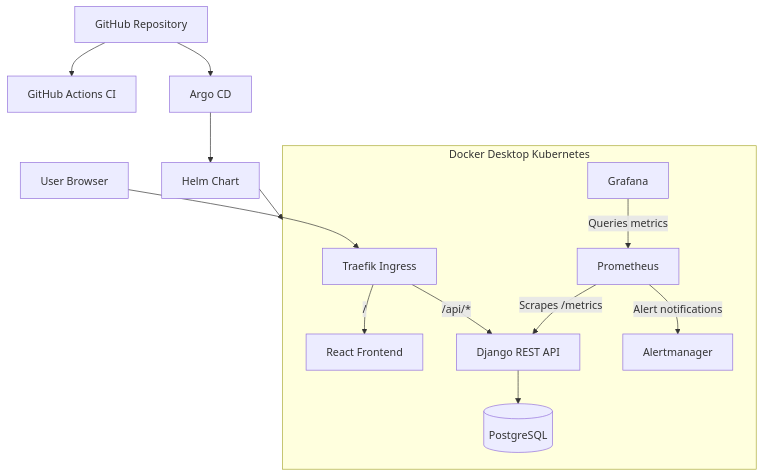
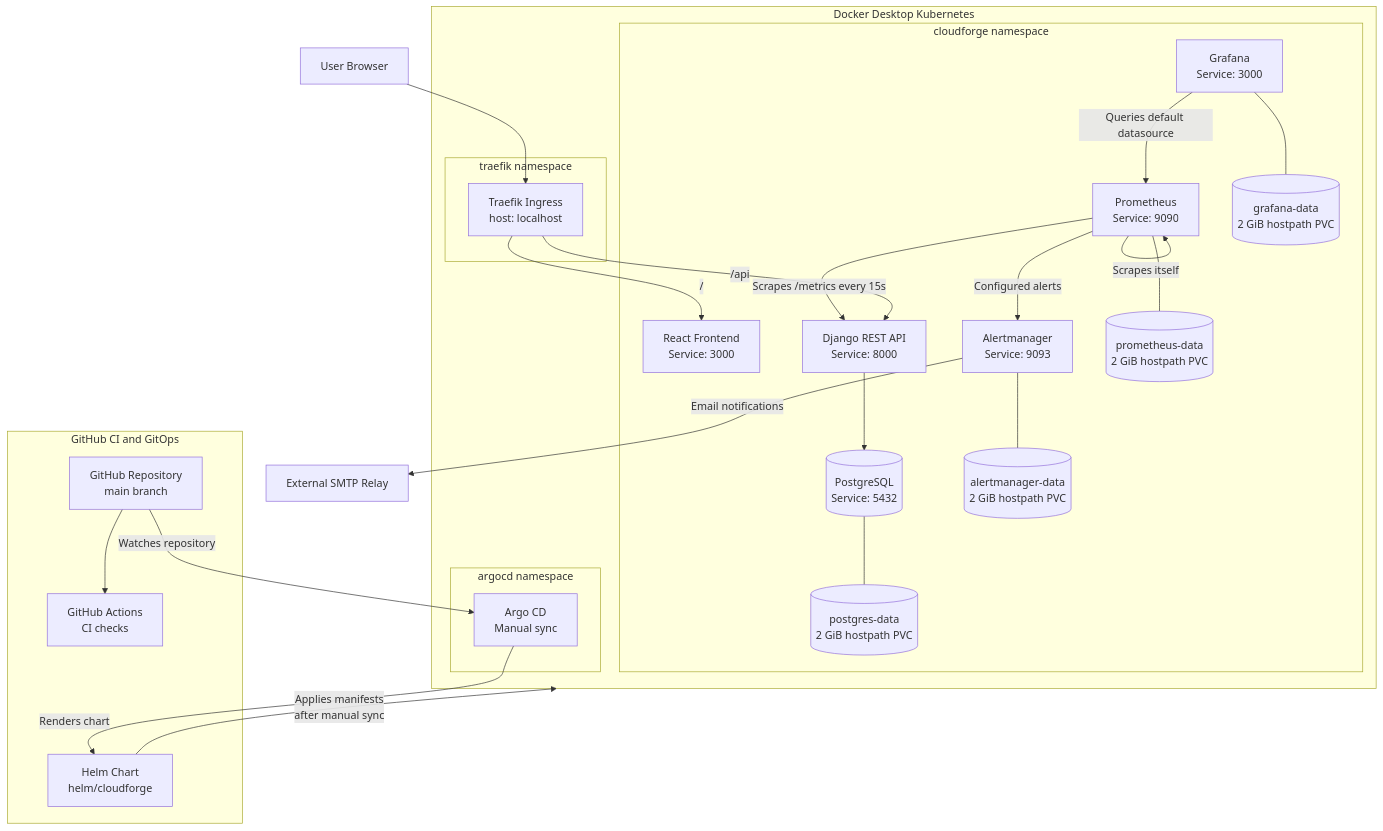
Before and after one commit to Vishalkumar0509/cloudforge: the diagram in README.md, drawn with Mermaid.

Commit message:
docs: improve CloudForge architecture diagram

````diff
--- a/README.md
+++ b/README.md
@@ -74,36 +74,59 @@
 ```mermaid
-flowchart TD
-    User[User Browser]
+flowchart TB
+    Browser["User Browser"]
 
     subgraph K8S["Docker Desktop Kubernetes"]
-        Traefik[Traefik Ingress]
+        subgraph TRAEFIK_NS["traefik namespace"]
+            Traefik["Traefik Ingress<br/>host: localhost"]
+        end
 
-        Frontend[React Frontend]
-        Backend[Django REST API]
-        DB[(PostgreSQL)]
+        subgraph CLOUD_NS["cloudforge namespace"]
+            Frontend["React Frontend<br/>Service: 3000"]
+            Backend["Django REST API<br/>Service: 8000"]
+            DB[("PostgreSQL<br/>Service: 5432")]
 
-        Prom[Prometheus]
-        Grafana[Grafana]
-        Alert[Alertmanager]
+            Prom["Prometheus<br/>Service: 9090"]
+            Grafana["Grafana<br/>Service: 3000"]
+            Alert["Alertmanager<br/>Service: 9093"]
 
-        Traefik -->|/| Frontend
-        Traefik -->|/api/*| Backend
-        Backend --> DB
+            DBPVC[("postgres-data<br/>2 GiB hostpath PVC")]
+            PromPVC[("prometheus-data<br/>2 GiB hostpath PVC")]
+            GrafanaPVC[("grafana-data<br/>2 GiB hostpath PVC")]
+            AlertPVC[("alertmanager-data<br/>2 GiB hostpath PVC")]
 
-        Prom -->|Scrapes /metrics| Backend
-        Prom -->|Alert notifications| Alert
-        Grafana -->|Queries metrics| Prom
+            Backend --> DB
+            Prom -->|"Scrapes /metrics every 15s"| Backend
+            Prom -->|"Scrapes itself"| Prom
+            Grafana -->|"Queries default datasource"| Prom
+            Prom -->|"Configured alerts"| Alert
+
+            DB --- DBPVC
+            Prom --- PromPVC
+            Grafana --- GrafanaPVC
+            Alert --- AlertPVC
+        end
+
+        subgraph ARGO_NS["argocd namespace"]
+            Argo["Argo CD<br/>Manual sync"]
+        end
     end
 
-    GitHub[GitHub Repository]
-    Actions[GitHub Actions CI]
-    Argo[Argo CD]
-    Helm[Helm Chart]
+    Browser --> Traefik
+    Traefik -->|"/"| Frontend
+    Traefik -->|"/api"| Backend
 
-    User --> Traefik
+    SMTP["External SMTP Relay"]
+    Alert -->|"Email notifications"| SMTP
 
-    GitHub --> Actions
-    GitHub --> Argo
-    Argo --> Helm
-    Helm --> K8S
+    subgraph GITOPS["GitHub CI and GitOps"]
+        GitHub["GitHub Repository<br/>main branch"]
+        Actions["GitHub Actions<br/>CI checks"]
+        Helm["Helm Chart<br/>helm/cloudforge"]
+
+        GitHub --> Actions
+        GitHub -->|"Watches repository"| Argo
+        Argo -->|"Renders chart"| Helm
+    end
+
+    Helm -->|"Applies manifests<br/>after manual sync"| K8S
 ```
````
